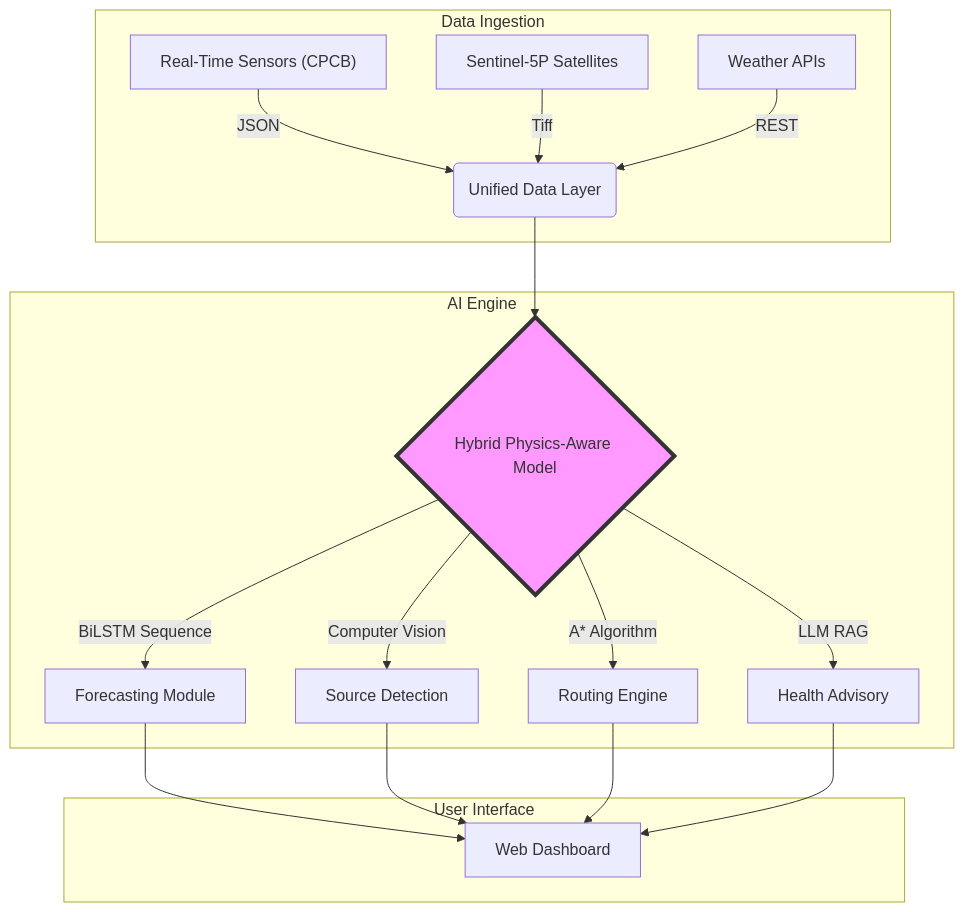
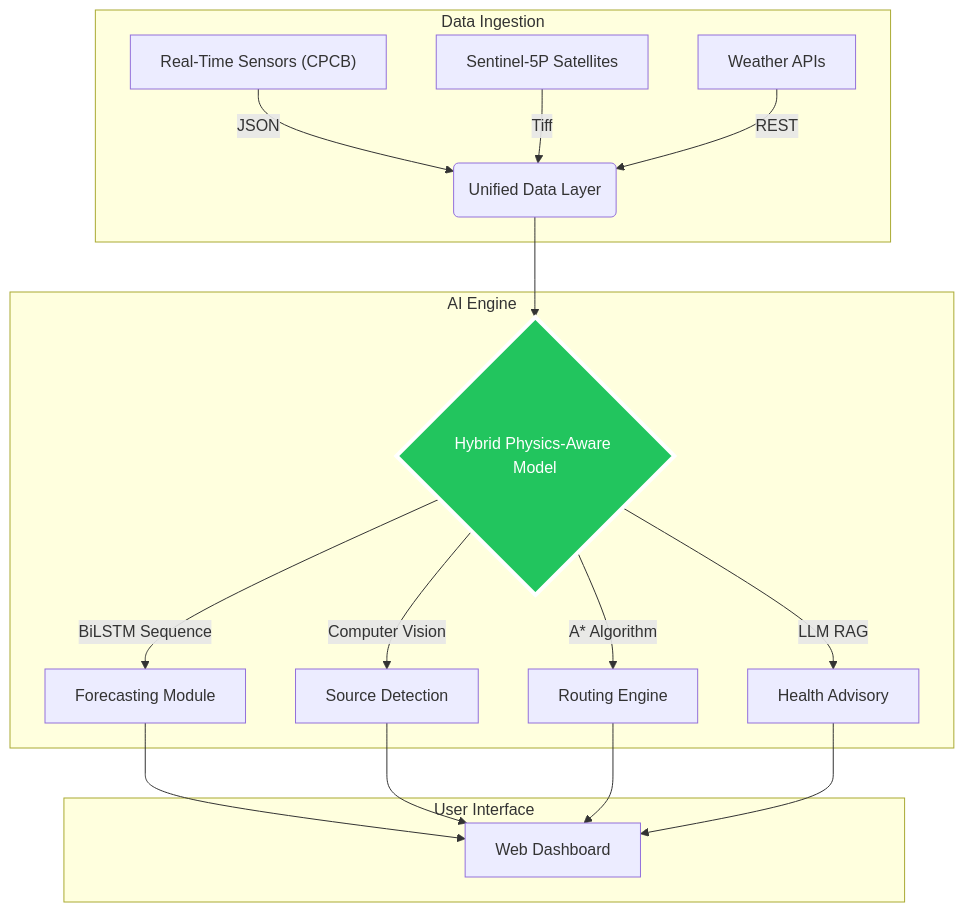
Before and after one commit to antonyjoseph2111/auralis: the diagram in README.md, drawn with Mermaid. The commit also changed 1 other file, not shown here.

Commit message:
Docs: Update diagram style and add SEO-rich Project Showcase

````diff
--- a/README.md
+++ b/README.md
@@ -61,25 +61,25 @@
 ```mermaid
 graph TD
   subgraph Data Ingestion
     A["Real-Time Sensors (CPCB)"] -->|JSON| B("Unified Data Layer")
     S["Sentinel-5P Satellites"] -->|Tiff| B
     W["Weather APIs"] -->|REST| B
   end
   
   subgraph AI Engine
     B --> C{"Hybrid Physics-Aware Model"}
     C -->|BiLSTM Sequence| D["Forecasting Module"]
     C -->|Computer Vision| E["Source Detection"]
     C -->|A* Algorithm| F["Routing Engine"]
     C -->|LLM RAG| G["Health Advisory"]
   end
   
   subgraph User Interface
     D --> H["Web Dashboard"]
     E --> H
     F --> H
     G --> H
   end
   
-  style C fill:#f9f,stroke:#333,stroke-width:4px
+  style C fill:#22c55e,stroke:#fff,stroke-width:4px,color:#fff
 ```
````
